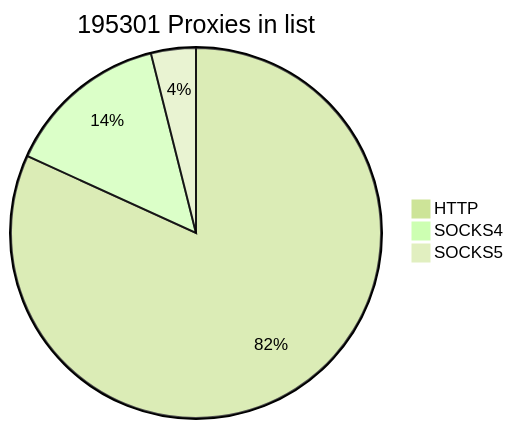
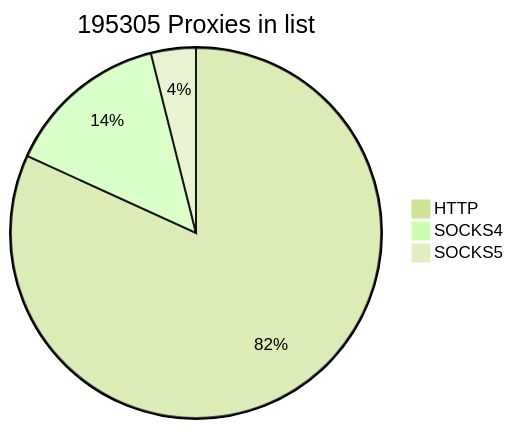
The first of 2 diagrams in README.md (cutipu/proxylist), drawn with Mermaid (forest theme) before and after one commit. The commit also changed other lines of this file, not shown here.

````diff
--- a/README.md
+++ b/README.md
@@ -2,7 +2,7 @@
 ```mermaid
-pie title 195301 Proxies in list
-    "HTTP" : 159783
-    "SOCKS4" : 27870
-    "SOCKS5" : 7648
+pie title 195305 Proxies in list
+    "HTTP" : 159786
+    "SOCKS4" : 27869
+    "SOCKS5" : 7650
             
 ```
````
